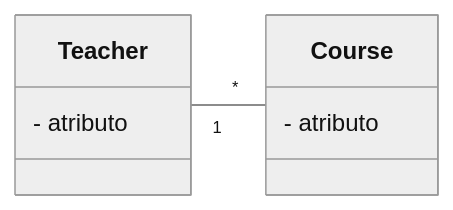
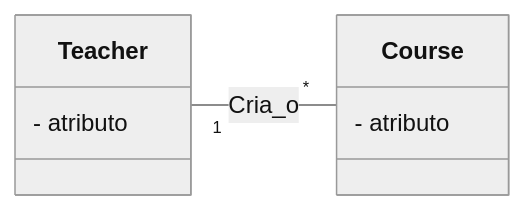
The diagram in backend/README.md (rubensrabelo/sistema_de_atividades_escolares), drawn with Mermaid (neutral theme) before and after one commit. The commit also changed 8 other files, not shown here.

````diff
--- a/backend/README.md
+++ b/backend/README.md
@@ -8,13 +8,13 @@
 ```mermaid
 classDiagram
   direction LR
   class Teacher {
     - atributo
   }
 
   class Course {
     - atributo
   }
 
-  Teacher "1" -- "*" Course
+  Teacher "1" -- "*" Course: Cria_o
 ```
````
